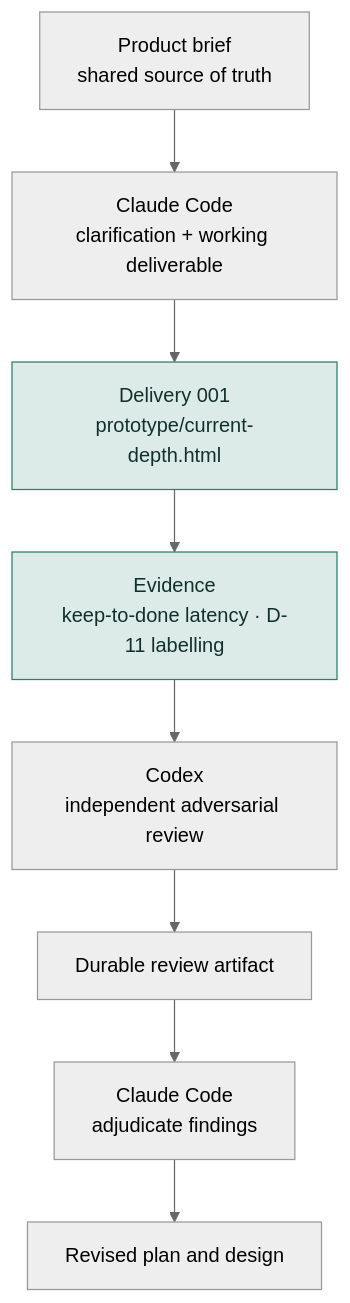
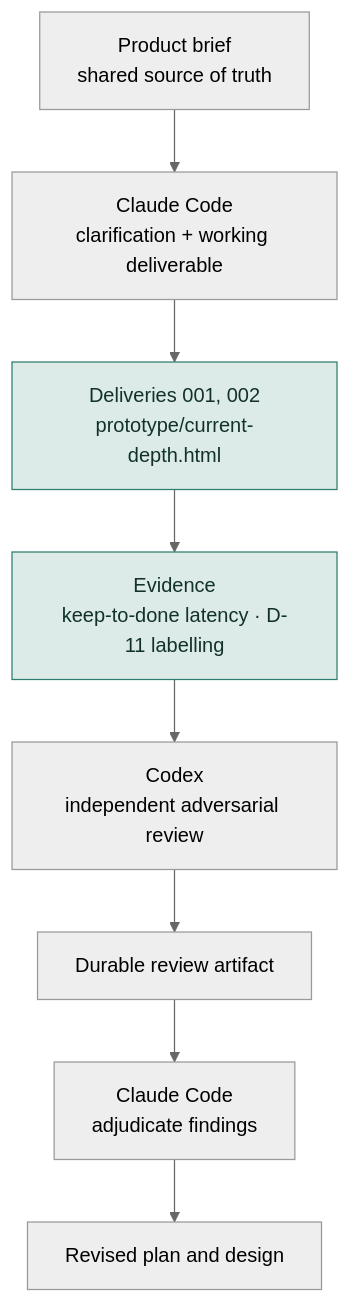
One commit to dagny099/current-depth changed the diagram in README.md. Above: the diagram before and after it, drawn with Mermaid (neutral theme). The commit also changed other lines of this file, not shown here.

````diff
--- a/README.md
+++ b/README.md
@@ -87,13 +89,13 @@
 ```mermaid
 flowchart TD
     A[Product brief<br/>shared source of truth] --> B[Claude Code<br/>clarification + working deliverable]
-    B --> C[Delivery 001<br/>prototype/current-depth.html]
+    B --> C[Deliveries 001, 002<br/>prototype/current-depth.html]
     C --> D[Evidence<br/>keep-to-done latency · D-11 labelling]
     D --> E[Codex<br/>independent adversarial review]
     E --> F[Durable review artifact]
     F --> G[Claude Code<br/>adjudicate findings]
     G --> H[Revised plan and design]
 
     style C fill:#dcebe7,stroke:#2f7d6e,color:#12312b
     style D fill:#dcebe7,stroke:#2f7d6e,color:#12312b
 ```
````
